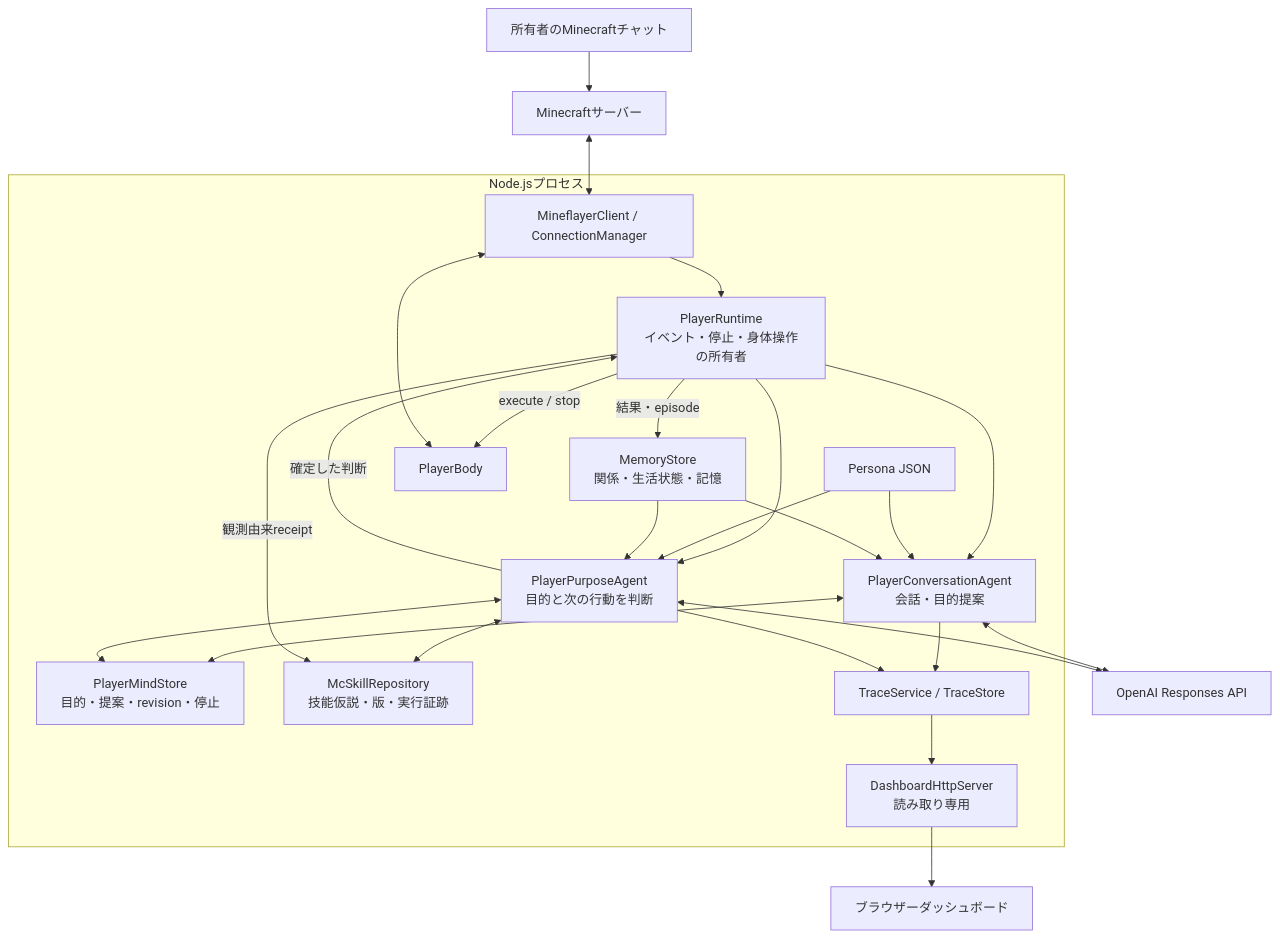
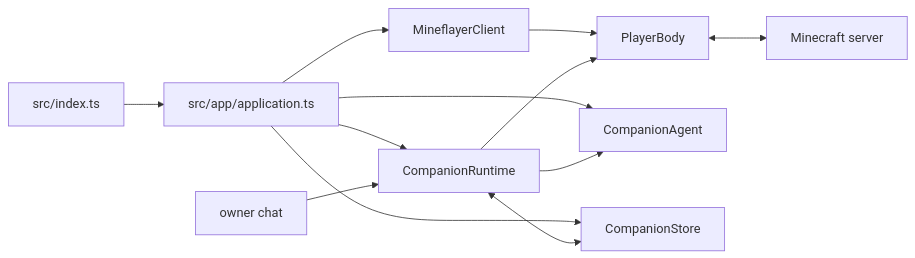
The diagram in docs/architecture.md (stillshore-chirp/mc-bot-egent-practice-2), drawn with Mermaid before and after one commit. The commit also changed other lines of this file and 317 other files, not shown here.

````diff
--- a/docs/architecture.md
+++ b/docs/architecture.md
@@ -19,35 +5,14 @@
 ```mermaid
-flowchart TB
-    Owner["所有者のMinecraftチャット"] --> MC["Minecraftサーバー"]
-    MC <--> Adapter["MineflayerClient / ConnectionManager"]
-    subgraph App["Node.jsプロセス"]
-        Adapter --> Runtime["PlayerRuntime
-イベント・停止・身体操作の所有者"]
-        Runtime --> Conversation["PlayerConversationAgent
-会話・目的提案"]
-        Runtime --> Purpose["PlayerPurposeAgent
-目的と次の行動を判断"]
-        Conversation <--> Mind["PlayerMindStore
-目的・提案・revision・停止"]
-        Purpose <--> Mind
-        Persona["Persona JSON"] --> Conversation
-        Persona --> Purpose
-        Memory["MemoryStore
-関係・生活状態・記憶"] --> Conversation
-        Memory --> Purpose
-        Purpose <--> Skills["McSkillRepository
-技能仮説・版・実行証跡"]
-        Purpose -->|"確定した判断"| Runtime
-        Runtime -->|"execute / stop"| Body["PlayerBody"]
-        Body <--> Adapter
-        Runtime -->|"結果・episode"| Memory
-        Runtime -->|"観測由来receipt"| Skills
-        Conversation --> Trace["TraceService / TraceStore"]
-        Purpose --> Trace
-        Trace --> HTTP["DashboardHttpServer
-読み取り専用"]
-    end
-    Conversation <--> API["OpenAI Responses API"]
-    Purpose <--> API
-    HTTP --> Browser["ブラウザーダッシュボード"]
+flowchart LR
+    Index["src/index.ts"] --> App["src/app/application.ts"]
+    App --> Client["MineflayerClient"]
+    Client --> Body["PlayerBody"]
+    App --> Runtime["CompanionRuntime"]
+    App --> Agent["CompanionAgent"]
+    App --> Store["CompanionStore"]
+    Runtime --> Agent
+    Runtime <--> Store
+    Runtime --> Body
+    Body <--> World["Minecraft server"]
+    Chat["owner chat"] --> Runtime
 ```
````
